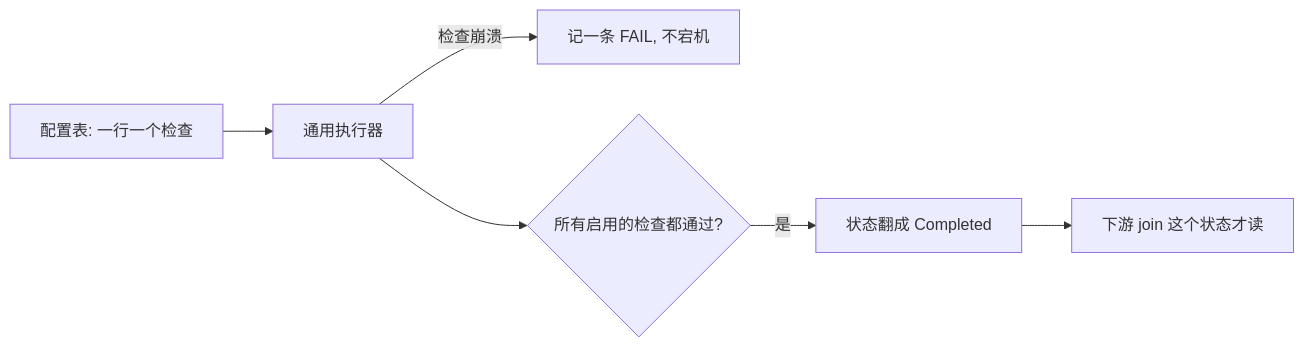
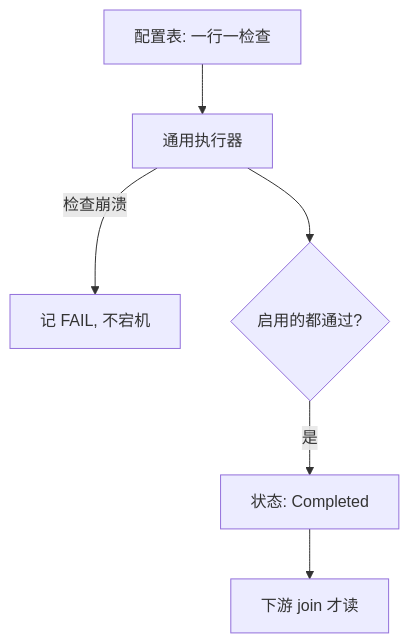
Before and after one commit to ChiChasesCheese/trellis: the diagram in vault/interviews/companies/cerebras/deck/cards/hm/cbr-hm-dd-quality-gate.md, drawn with Mermaid. The commit also changed 27 other files, not shown here.

First line of the commit message:
Cerebras HM prep: phone-sized diagrams and two corrected facts in the 100 cards for the hiring-manager round

````diff
--- a/vault/interviews/companies/cerebras/deck/cards/hm/cbr-hm-dd-quality-gate.md
+++ b/vault/interviews/companies/cerebras/deck/cards/hm/cbr-hm-dd-quality-gate.md
@@ -18,8 +18,8 @@
 ```mermaid
-flowchart LR
-    C["配置表: 一行一个检查"] --> X["通用执行器"]
-    X -- "检查崩溃" --> F["记一条 FAIL, 不宕机"]
-    X --> Q{"所有启用的检查都通过?"}
-    Q -- 是 --> S["状态翻成 Completed"]
-    S --> D["下游 join 这个状态才读"]
+flowchart TD
+    C["配置表: 一行一检查"] --> X["通用执行器"]
+    X -- "检查崩溃" --> F["记 FAIL, 不宕机"]
+    X --> Q{"启用的都通过?"}
+    Q -- 是 --> S["状态: Completed"]
+    S --> D["下游 join 才读"]
 ```
````
